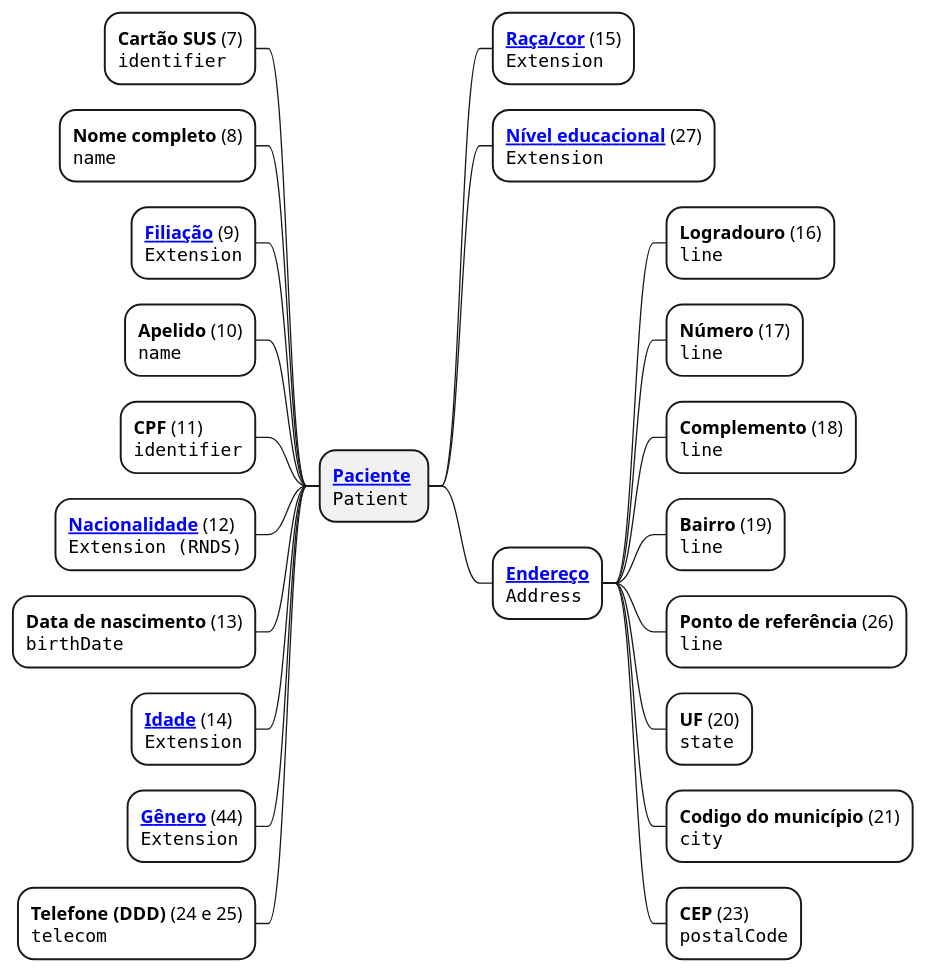
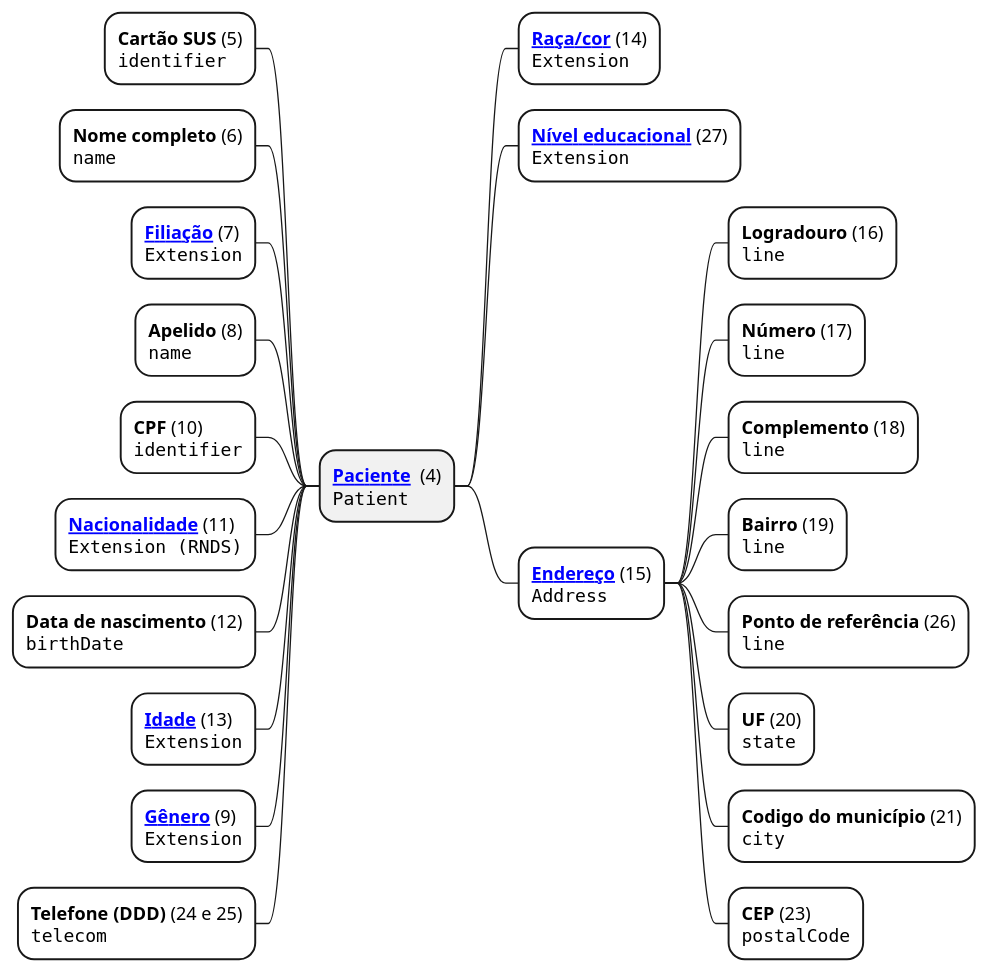
One commit to kyriosdata/farol changed the diagram in input/images-source/paciente.plantuml. Above: the diagram before and after it, drawn with PlantUML. The commit also changed 2 other files, not shown here.

```diff
--- a/input/images-source/paciente.plantuml
+++ b/input/images-source/paciente.plantuml
@@ -1,27 +1,27 @@
 @startmindmap paciente
 
-+ **[[StructureDefinition-paciente.html Paciente]] **\n""Patient""
---[#White] **Cartão SUS** (7)\n""identifier""
---[#White] **Nome completo** (8)\n""name""
---[#White] **[[StructureDefinition-filiacao.html Filiação]]** (9)\n""Extension""
---[#White] **Apelido** (10)\n""name""
---[#White] **CPF** (11)\n""identifier""
---[#White] **[[https://simplifier.net/redenacionaldedadosemsaude/brnacionalidade Nacionalidade]]** (12)\n""Extension (RNDS)""
---[#White] **Data de nascimento** (13)\n""birthDate""
---[#White] **[[StructureDefinition-idade.html Idade]]** (14)\n""Extension""
---[#White] **[[StructureDefinition-extension-genero.html Gênero]]** (44)\n""Extension""
++ **[[StructureDefinition-paciente.html Paciente]] ** (4)\n""Patient""
+--[#White] **Cartão SUS** (5)\n""identifier""
+--[#White] **Nome completo** (6)\n""name""
+--[#White] **[[StructureDefinition-filiacao.html Filiação]]** (7)\n""Extension""
+--[#White] **Apelido** (8)\n""name""
+--[#White] **CPF** (10)\n""identifier""
+--[#White] **[[https://simplifier.net/redenacionaldedadosemsaude/brnacionalidade Nacionalidade]]** (11)\n""Extension (RNDS)""
+--[#White] **Data de nascimento** (12)\n""birthDate""
+--[#White] **[[StructureDefinition-idade.html Idade]]** (13)\n""Extension""
+--[#White] **[[StructureDefinition-extension-genero.html Gênero]]** (9)\n""Extension""
 --[#White] **Telefone (DDD)** (24 e 25)\n""telecom""
-++[#White] **[[StructureDefinition-raca-etnia.html Raça/cor]]** (15)\n""Extension""
+++[#White] **[[StructureDefinition-raca-etnia.html Raça/cor]]** (14)\n""Extension""
 ++[#White] **[[StructureDefinition-nivel-educacional.html Nível educacional]]** (27)\n""Extension""
-++[#White] **[[StructureDefinition-endereco.html Endereço]]**\n""Address""
+++[#White] **[[StructureDefinition-endereco.html Endereço]]** (15)\n""Address""
 +++[#White] **Logradouro** (16)\n""line""
 +++[#White] **Número** (17)\n""line""
 +++[#White] **Complemento** (18)\n""line""
 +++[#White] **Bairro** (19)\n""line""
 +++[#White] **Ponto de referência** (26)\n""line""
 +++[#White] **UF** (20)\n""state""
 +++[#White] **Codigo do município** (21)\n""city""
 +++[#White] **CEP** (23)\n""postalCode""
 
 
 @enduml
```
